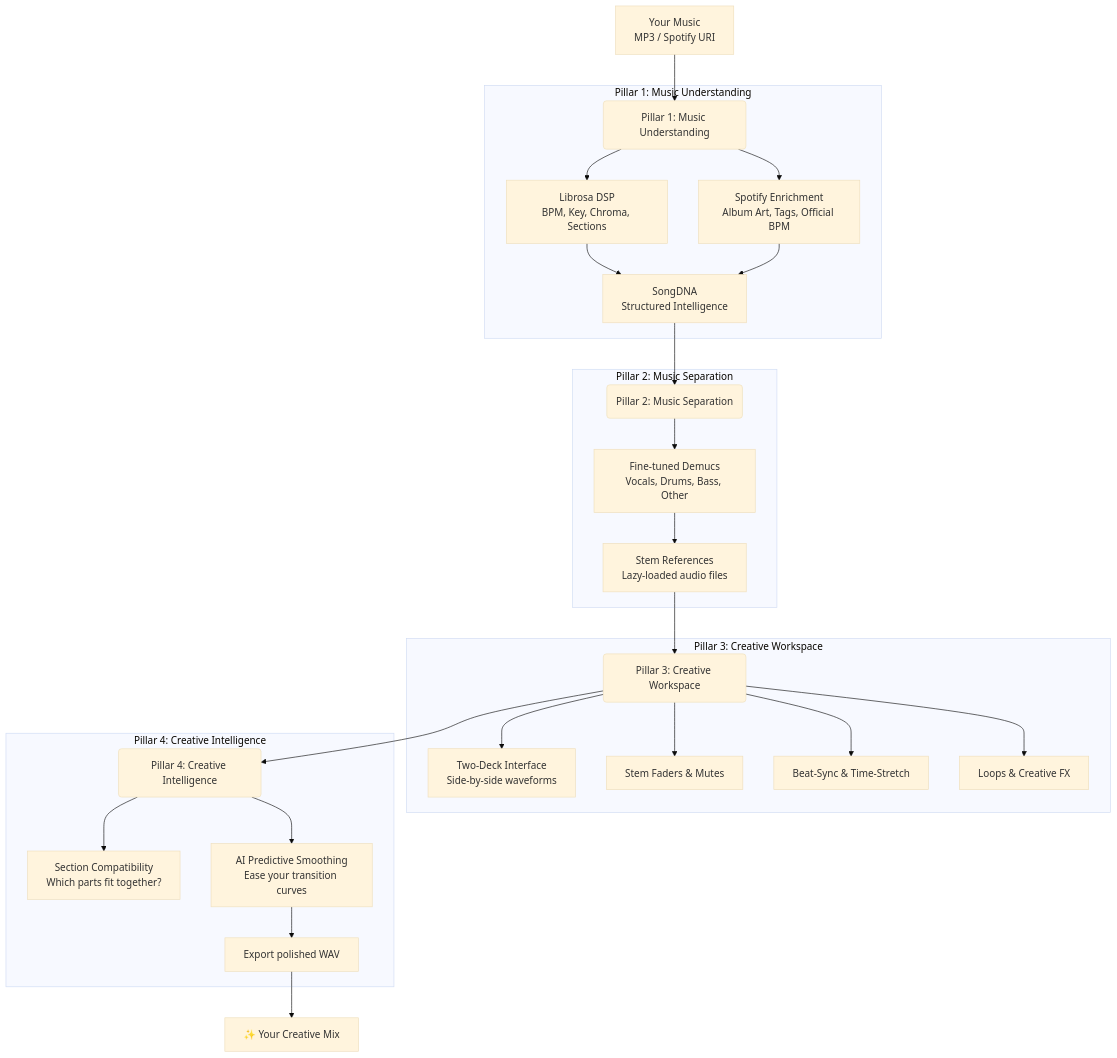
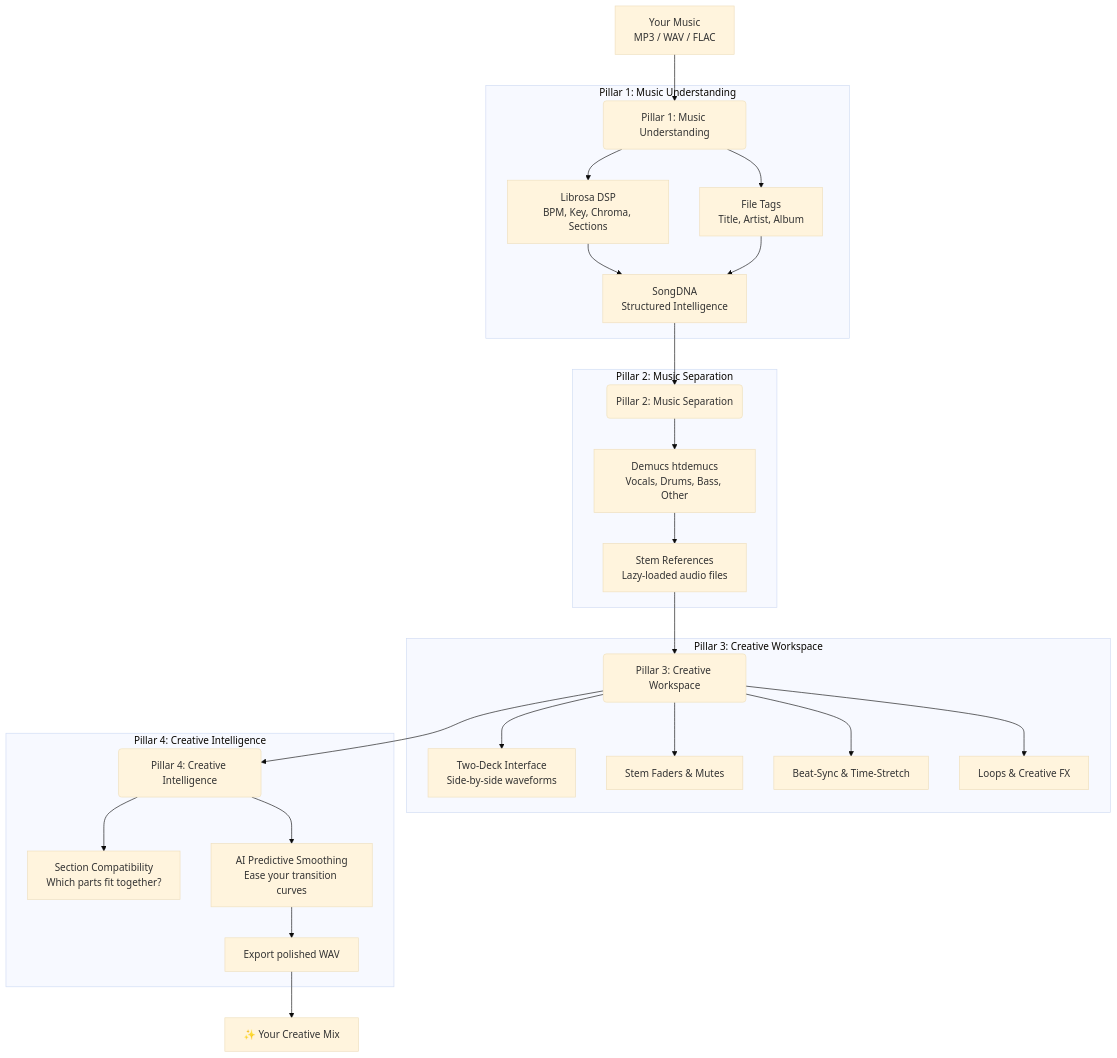
The second of 2 diagrams in README.md (kaustubh-commits/ECHOINSIGHT), drawn with Mermaid (base theme) before and after one commit. The commit also changed other lines of this file and 5 other files, not shown here.

````diff
--- a/README.md
+++ b/README.md
@@ -28,34 +28,34 @@
 ```mermaid
 flowchart TD
-    A[Your Music<br>MP3 / Spotify URI] --> B(Pillar 1: Music Understanding)
+    A[Your Music<br>MP3 / WAV / FLAC] --> B(Pillar 1: Music Understanding)
     
     subgraph Pillar1 [Pillar 1: Music Understanding]
         B --> B1[Librosa DSP<br>BPM, Key, Chroma, Sections]
-        B --> B2[Spotify Enrichment<br>Album Art, Tags, Official BPM]
+        B --> B2[File Tags<br>Title, Artist, Album]
         B1 --> C[SongDNA<br>Structured Intelligence]
         B2 --> C
     end
 
     C --> D(Pillar 2: Music Separation)
     subgraph Pillar2 [Pillar 2: Music Separation]
-        D --> D1[Fine-tuned Demucs<br>Vocals, Drums, Bass, Other]
+        D --> D1[Demucs htdemucs<br>Vocals, Drums, Bass, Other]
         D1 --> E[Stem References<br>Lazy-loaded audio files]
     end
 
     E --> F(Pillar 3: Creative Workspace)
     subgraph Pillar3 [Pillar 3: Creative Workspace]
         F --> F1[Two-Deck Interface<br>Side-by-side waveforms]
         F --> F2[Stem Faders & Mutes]
         F --> F3[Beat-Sync & Time-Stretch]
         F --> F4[Loops & Creative FX]
     end
 
     F --> G(Pillar 4: Creative Intelligence)
     subgraph Pillar4 [Pillar 4: Creative Intelligence]
         G --> G1[Section Compatibility<br>Which parts fit together?]
         G --> G2[AI Predictive Smoothing<br>Ease your transition curves]
         G2 --> H[Export polished WAV]
     end
 
     H --> I[✨ Your Creative Mix]
 ```
````
